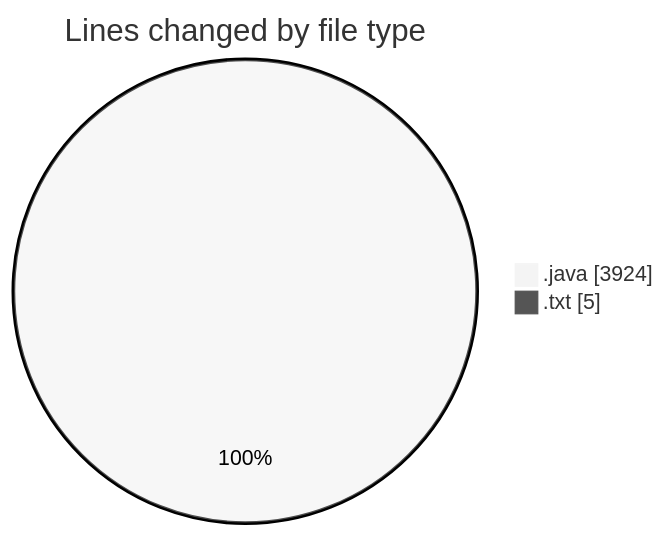
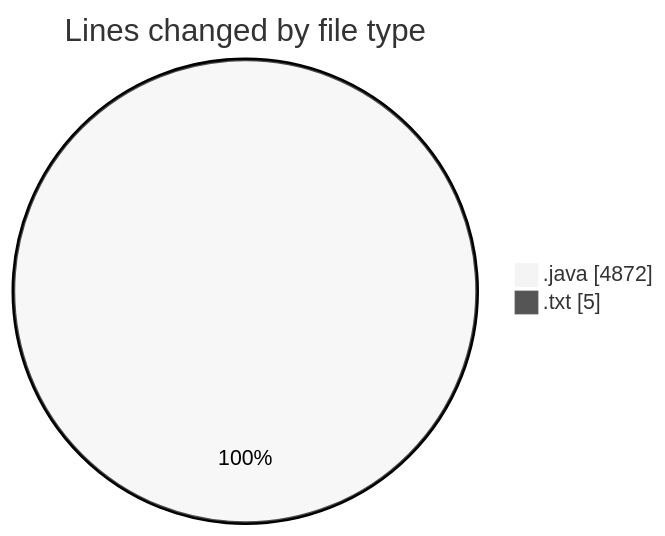
The first of 2 diagrams in 2026-03-19/cilapp/README.md (ricardozamudiocil/code-tracking), drawn with Mermaid (neutral theme) before and after one commit. The commit also changed other lines of this file and 1 other file, not shown here.

````diff
--- a/2026-03-19/cilapp/README.md
+++ b/2026-03-19/cilapp/README.md
@@ -22,6 +23,6 @@
 ```mermaid
 pie showData
 title Lines changed by file type
-".java" : 3924
+".java" : 4872
 ".txt" : 5
 ```
````
